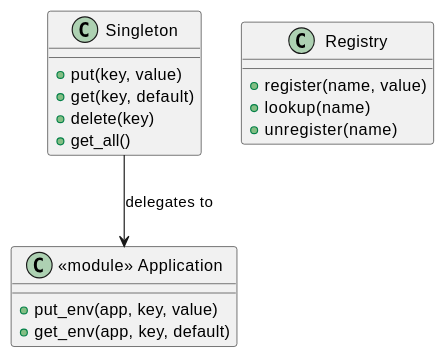
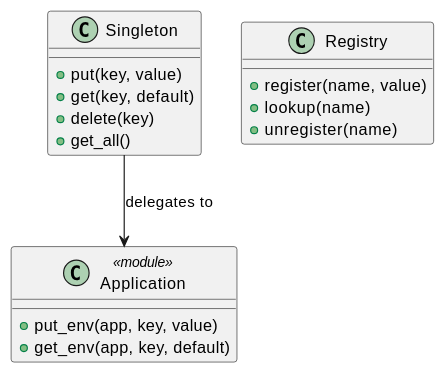
Before and after one commit to k2works/getting-started-design-pattern: the diagram in docs/article/elixir/13-singleton.md, drawn with PlantUML. The commit also changed 73 other files, not shown here.

Commit message:
docs(article): PlantUML 表記と記事ナビゲーションを整理

````diff
--- a/docs/article/elixir/13-singleton.md
+++ b/docs/article/elixir/13-singleton.md
@@ -9,23 +9,23 @@
 ```plantuml
 @startuml
 class "Singleton" as S {
   + put(key, value)
   + get(key, default)
   + delete(key)
   + get_all()
 }
 
 class "Registry" as R {
   + register(name, value)
   + lookup(name)
   + unregister(name)
 }
 
-class "<<module>> Application" as A {
+class "Application" as A <<module>> {
   + put_env(app, key, value)
   + get_env(app, key, default)
 }
 
 S --> A : delegates to
 @enduml
 ```
````
